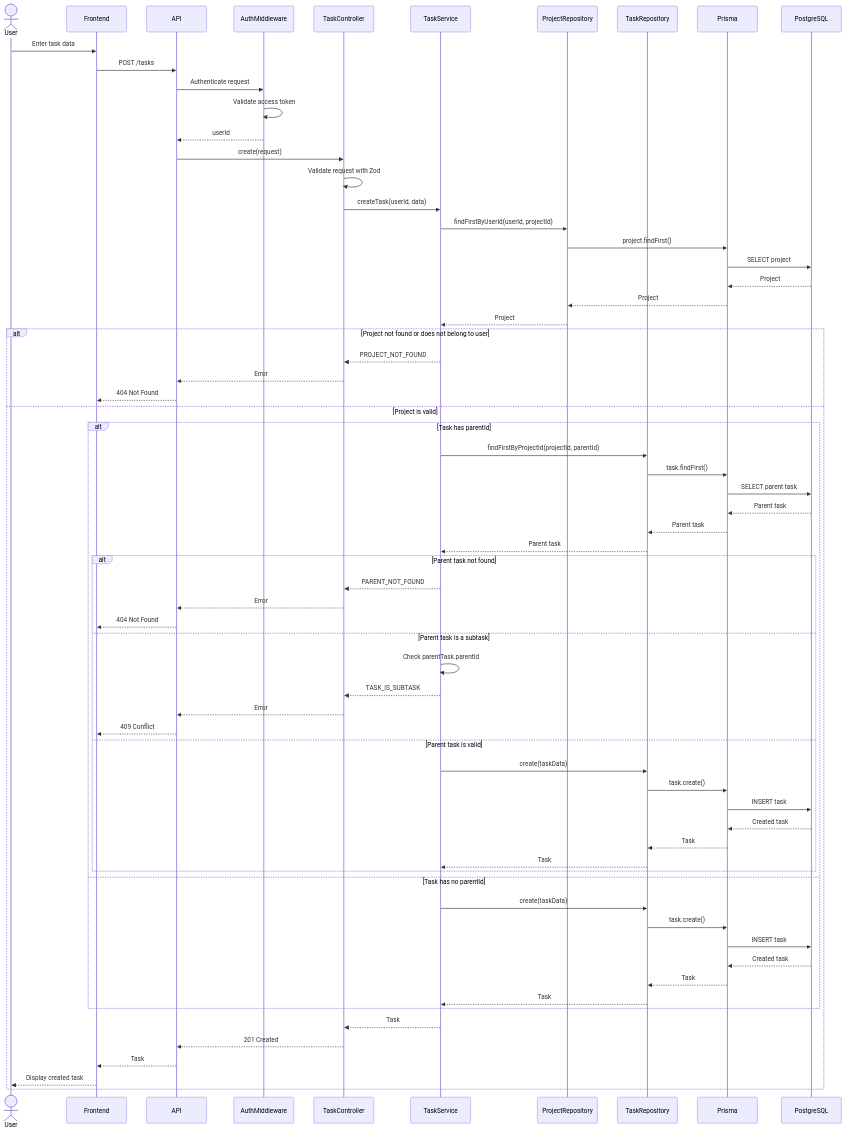
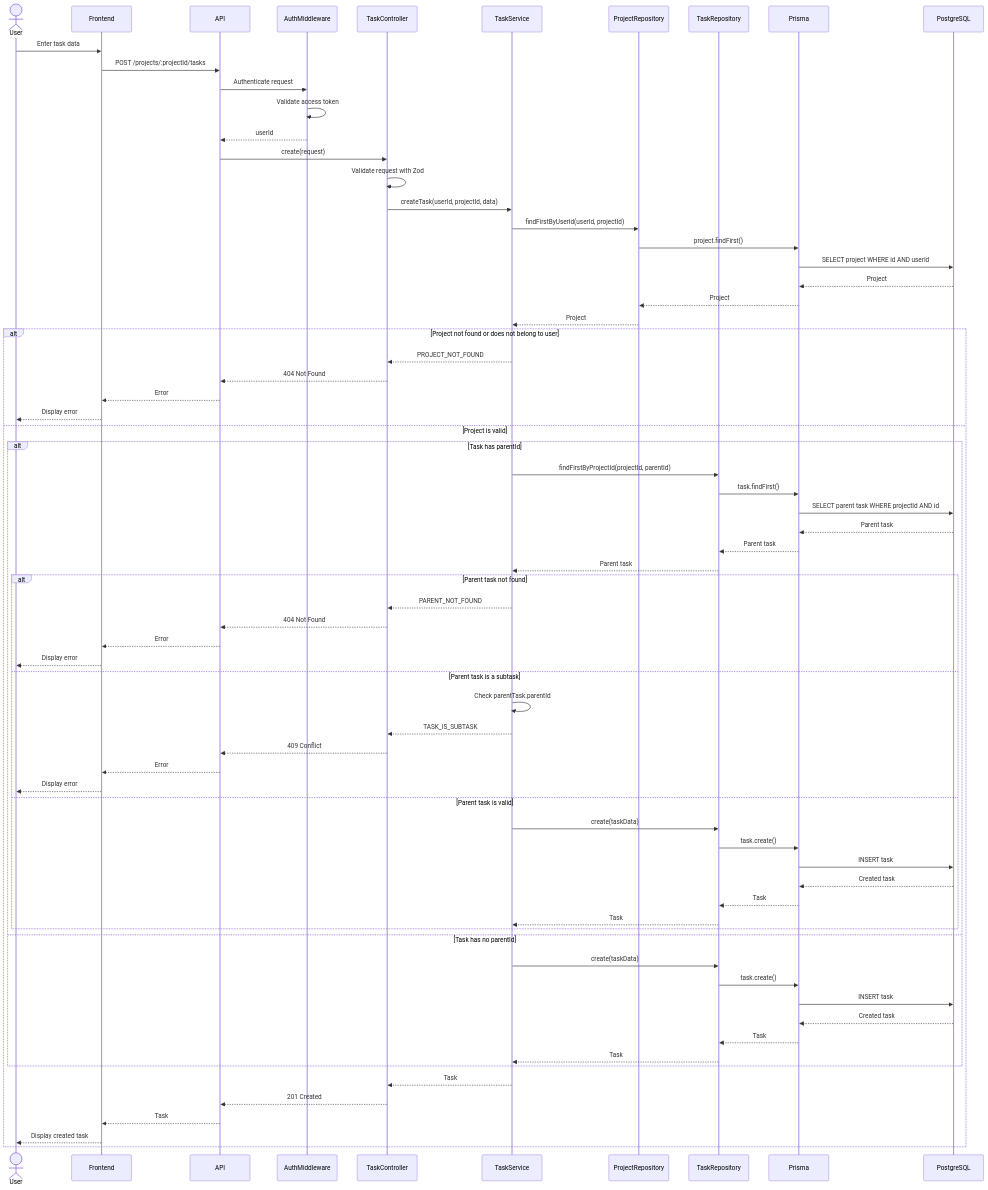
One commit to davihenriquedev1/prodixus changed the diagram in docs/diagrams/sequence-diagrams/task/create.md. Above: the diagram before and after it, drawn with Mermaid. The commit also changed 6 other files, not shown here.

```diff
--- a/docs/diagrams/sequence-diagrams/task/create.md
+++ b/docs/diagrams/sequence-diagrams/task/create.md
@@ -17,73 +17,118 @@
 
     User->>Frontend: Enter task data
 
-    Frontend->>API: POST /tasks
+    Frontend->>API: POST /projects/:projectId/tasks
 
     API->>AuthMiddleware: Authenticate request
+
     AuthMiddleware->>AuthMiddleware: Validate access token
+
     AuthMiddleware-->>API: userId
 
     API->>TaskController: create(request)
 
     TaskController->>TaskController: Validate request with Zod
 
-    TaskController->>TaskService: createTask(userId, data)
+    TaskController->>TaskService: createTask(userId, projectId, data)
 
     TaskService->>ProjectRepository: findFirstByUserId(userId, projectId)
+
     ProjectRepository->>Prisma: project.findFirst()
-    Prisma->>PostgreSQL: SELECT project
+
+    Prisma->>PostgreSQL: SELECT project WHERE id AND userId
+
     PostgreSQL-->>Prisma: Project
+
     Prisma-->>ProjectRepository: Project
+
     ProjectRepository-->>TaskService: Project
 
     alt Project not found or does not belong to user
+
         TaskService-->>TaskController: PROJECT_NOT_FOUND
-        TaskController-->>API: Error
-        API-->>Frontend: 404 Not Found
+
+        TaskController-->>API: 404 Not Found
+
+        API-->>Frontend: Error
+
+        Frontend-->>User: Display error
+
     else Project is valid
 
         alt Task has parentId
 
             TaskService->>TaskRepository: findFirstByProjectId(projectId, parentId)
+
             TaskRepository->>Prisma: task.findFirst()
-            Prisma->>PostgreSQL: SELECT parent task
+
+            Prisma->>PostgreSQL: SELECT parent task WHERE projectId AND id
+
             PostgreSQL-->>Prisma: Parent task
+
             Prisma-->>TaskRepository: Parent task
+
             TaskRepository-->>TaskService: Parent task
 
             alt Parent task not found
+
                 TaskService-->>TaskController: PARENT_NOT_FOUND
-                TaskController-->>API: Error
-                API-->>Frontend: 404 Not Found
+
+                TaskController-->>API: 404 Not Found
+
+                API-->>Frontend: Error
+
+                Frontend-->>User: Display error
+
             else Parent task is a subtask
+
                 TaskService->>TaskService: Check parentTask.parentId
 
                 TaskService-->>TaskController: TASK_IS_SUBTASK
-                TaskController-->>API: Error
-                API-->>Frontend: 409 Conflict
+
+                TaskController-->>API: 409 Conflict
+
+                API-->>Frontend: Error
+
+                Frontend-->>User: Display error
+
             else Parent task is valid
+
                 TaskService->>TaskRepository: create(taskData)
+
                 TaskRepository->>Prisma: task.create()
+
                 Prisma->>PostgreSQL: INSERT task
+
                 PostgreSQL-->>Prisma: Created task
+
                 Prisma-->>TaskRepository: Task
+
                 TaskRepository-->>TaskService: Task
+
             end
 
         else Task has no parentId
 
             TaskService->>TaskRepository: create(taskData)
+
             TaskRepository->>Prisma: task.create()
+
             Prisma->>PostgreSQL: INSERT task
+
             PostgreSQL-->>Prisma: Created task
+
             Prisma-->>TaskRepository: Task
+
             TaskRepository-->>TaskService: Task
 
         end
 
         TaskService-->>TaskController: Task
+
         TaskController-->>API: 201 Created
+
         API-->>Frontend: Task
+
         Frontend-->>User: Display created task
 
     end
```
